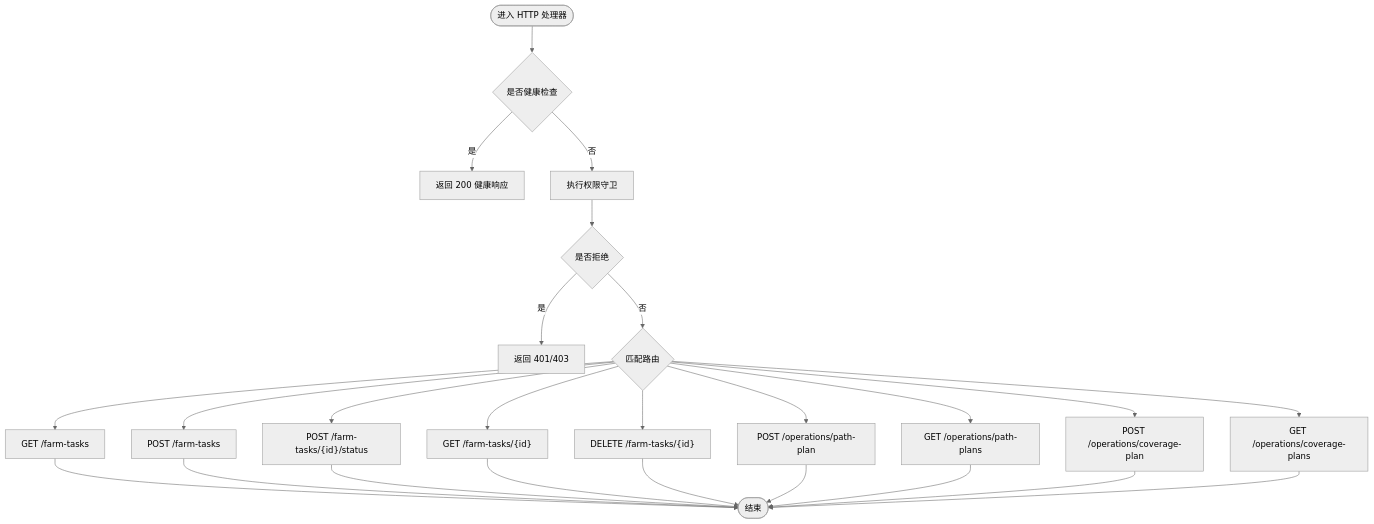
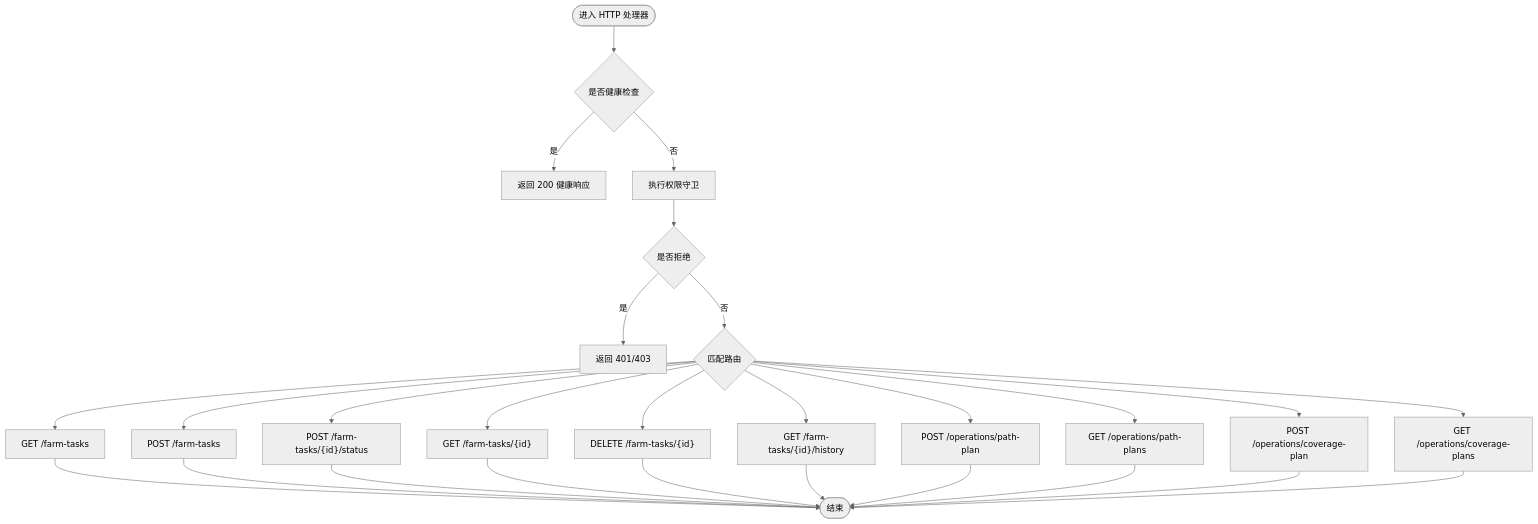
One commit to q446328246/agri-platform changed the third of 10 diagrams in .qoder/repowiki/zh/content/核心服务文档/作业服务.md. Above: the diagram before and after it, drawn with Mermaid (neutral theme). The commit also changed other lines of this file and 38 other files, not shown here.

````diff
--- a/.qoder/repowiki/zh/content/核心服务文档/作业服务.md
+++ b/.qoder/repowiki/zh/content/核心服务文档/作业服务.md
@@ -150,27 +162,29 @@
 ```mermaid
 flowchart TD
 Start(["进入 HTTP 处理器"]) --> Health{"是否健康检查"}
 Health --> |是| ReturnHealth["返回 200 健康响应"]
 Health --> |否| Auth["执行权限守卫"]
 Auth --> Denied{"是否拒绝"}
 Denied --> |是| ReturnAuth["返回 401/403"]
 Denied --> |否| Route{"匹配路由"}
 Route --> TasksList["GET /farm-tasks"]
 Route --> TasksCreate["POST /farm-tasks"]
 Route --> StatusUpdate["POST /farm-tasks/{id}/status"]
 Route --> TaskDetail["GET /farm-tasks/{id}"]
 Route --> TaskDelete["DELETE /farm-tasks/{id}"]
+Route --> TaskHistory["GET /farm-tasks/{id}/history"]
 Route --> NavPlan["POST /operations/path-plan"]
 Route --> NavHistory["GET /operations/path-plans"]
 Route --> CovPlan["POST /operations/coverage-plan"]
 Route --> CovHistory["GET /operations/coverage-plans"]
 TasksList --> End(["结束"])
 TasksCreate --> End
 StatusUpdate --> End
 TaskDetail --> End
 TaskDelete --> End
+TaskHistory --> End
 NavPlan --> End
 NavHistory --> End
 CovPlan --> End
 CovHistory --> End
 ```
````
